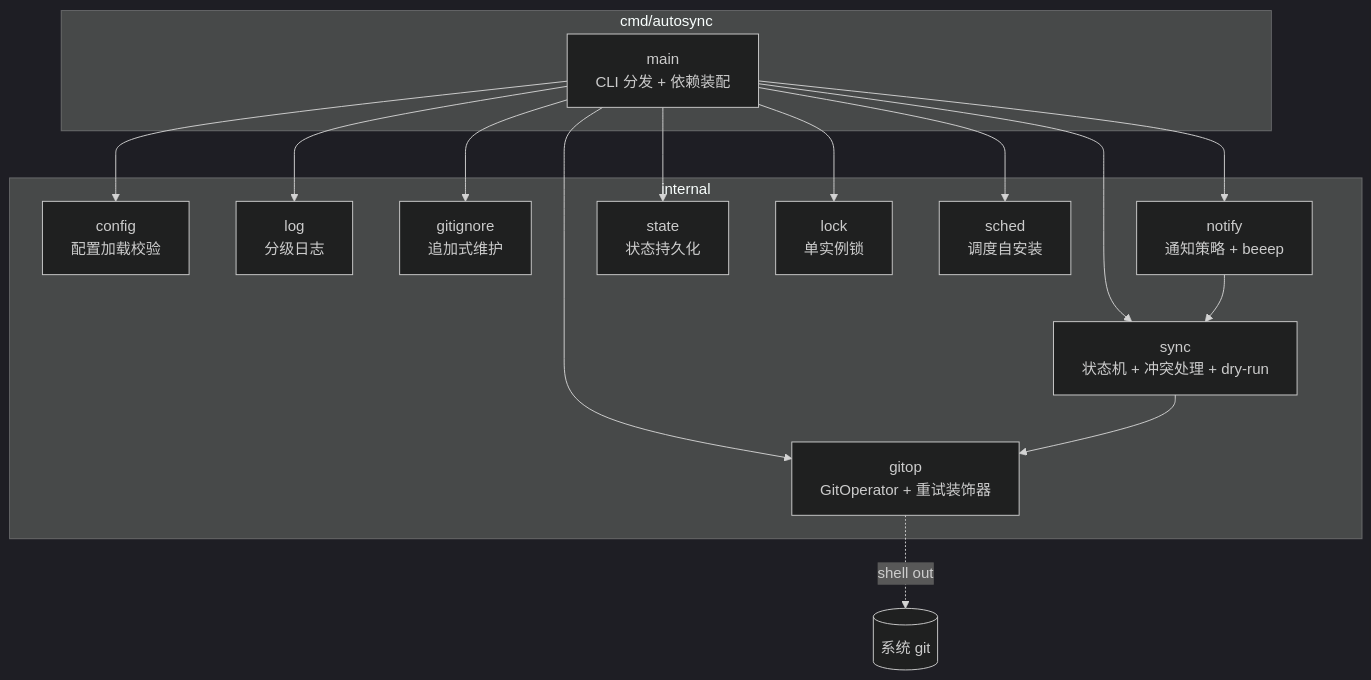
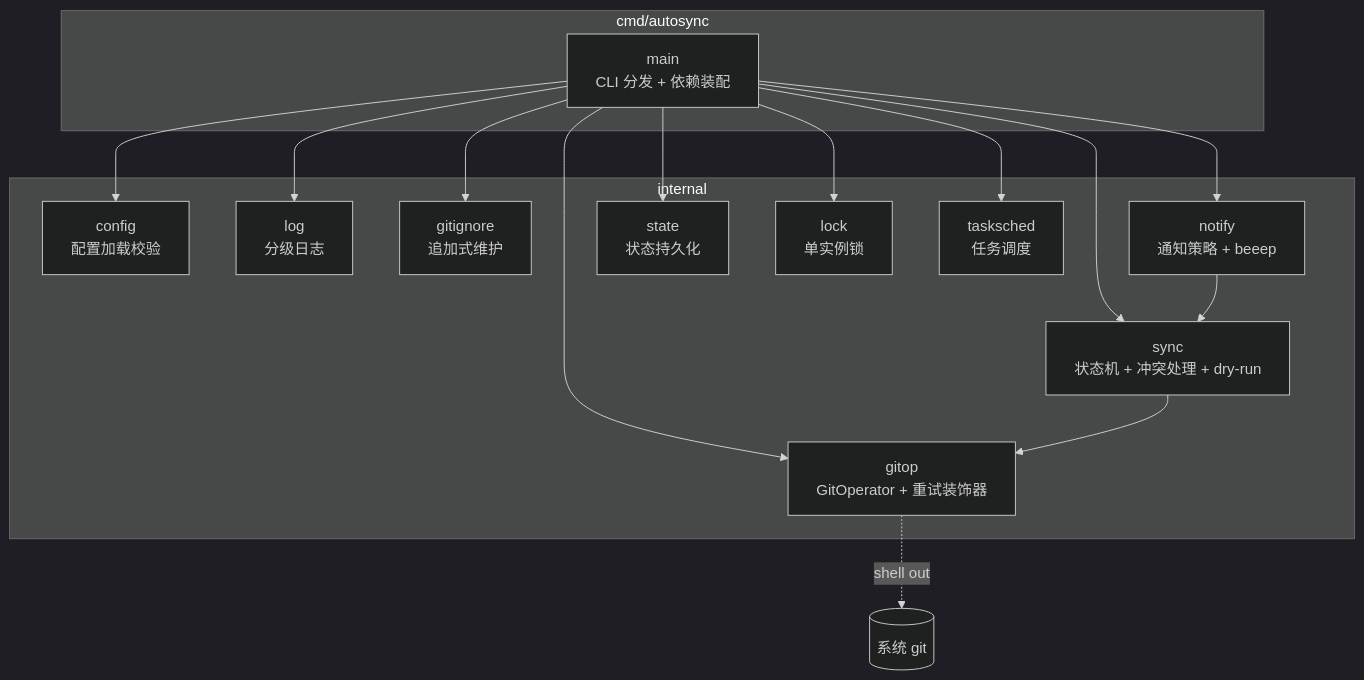
One commit to int2t05/AutoSync changed the first of 4 diagrams in docs/tech.md. Above: the diagram before and after it, drawn with Mermaid (dark theme). The commit also changed other lines of this file and 27 other files, not shown here.

````diff
--- a/docs/tech.md
+++ b/docs/tech.md
@@ -7,21 +7,21 @@
 ```mermaid
 flowchart TB
   subgraph cmd[cmd/autosync]
     MAIN[main<br/>CLI 分发 + 依赖装配]
   end
   subgraph internal[internal]
     CFG[config<br/>配置加载校验]
     LOG[log<br/>分级日志]
     GI[gitignore<br/>追加式维护]
     GOP[gitop<br/>GitOperator + 重试装饰器]
     SYNC[sync<br/>状态机 + 冲突处理 + dry-run]
     NOTIFY[notify<br/>通知策略 + beeep]
     STATE[state<br/>状态持久化]
     LOCK[lock<br/>单实例锁]
-    SCHED[sched<br/>调度自安装]
+    TASKSCHED[tasksched<br/>任务调度]
   end
-  MAIN --> CFG & LOG & GI & GOP & SYNC & NOTIFY & STATE & LOCK & SCHED
+  MAIN --> CFG & LOG & GI & GOP & SYNC & NOTIFY & STATE & LOCK & TASKSCHED
   SYNC --> GOP
   NOTIFY --> SYNC
   GOP -.shell out.-> GIT[(系统 git)]
 ```
````
